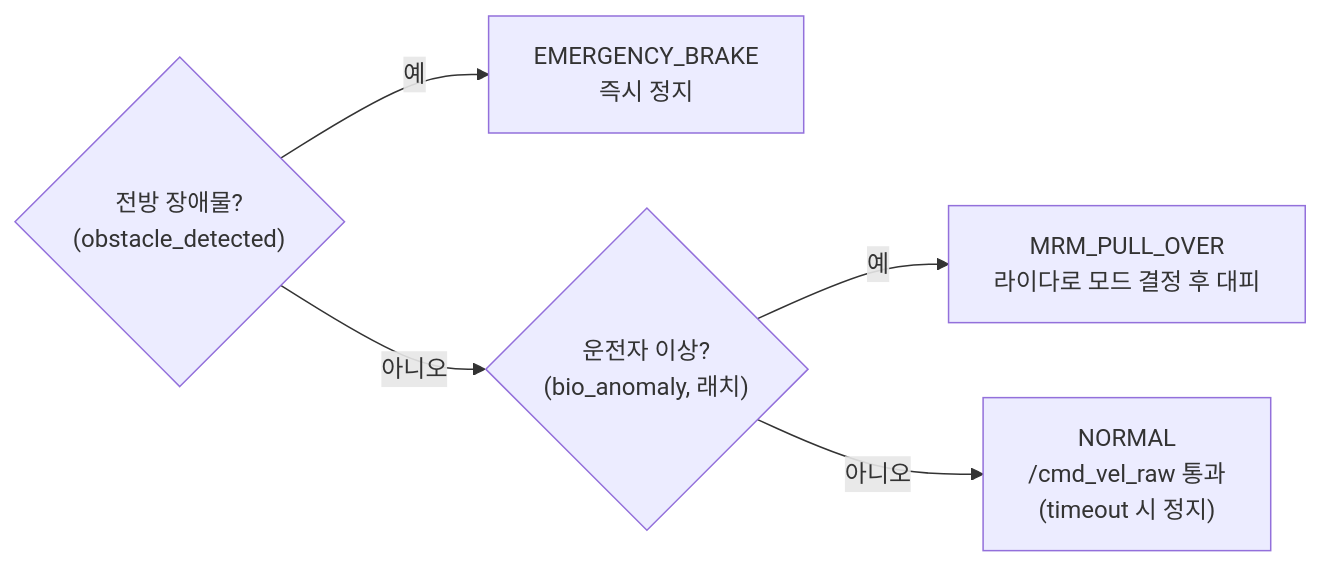
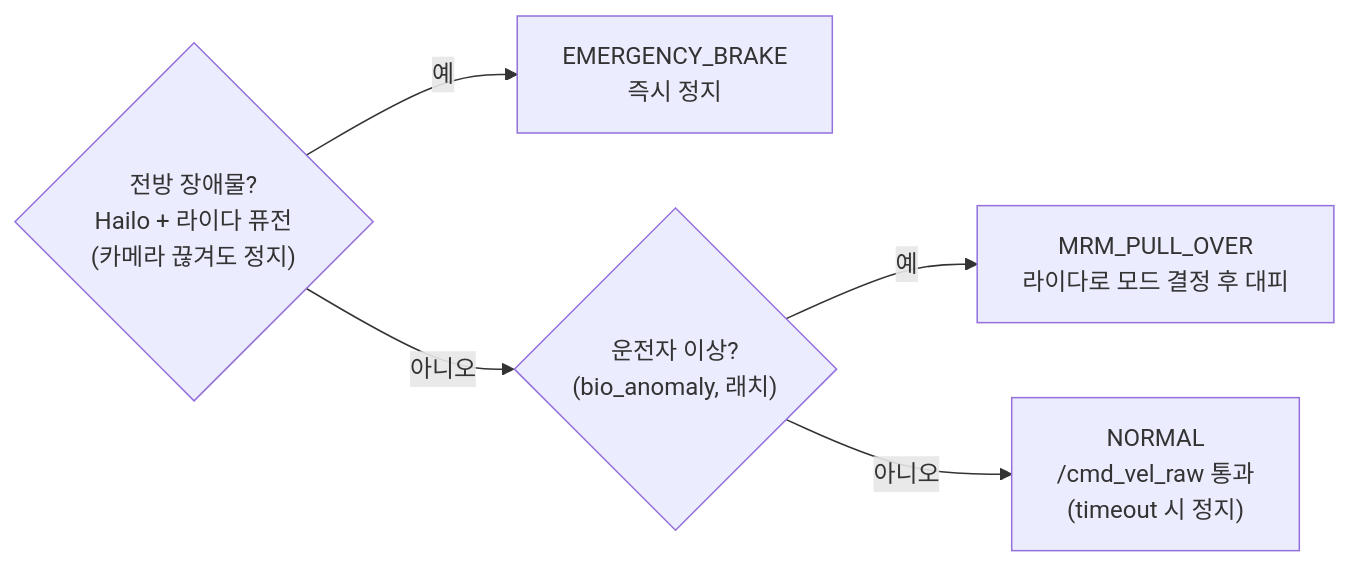
Before and after one commit to seungwp/2026_CDP: the second of 2 diagrams in README.md, drawn with Mermaid. The commit also changed 6 other files, not shown here.

First line of the commit message:
feat(control): 카메라+라이다 장애물 퓨전 + 인지 끊김 fail-safe, /scan QoS 버그 수정

````diff
--- a/README.md
+++ b/README.md
@@ -112,7 +112,7 @@
 ```mermaid
 flowchart LR
-    A{"전방 장애물?<br/>(obstacle_detected)"} -- 예 --> E["EMERGENCY_BRAKE<br/>즉시 정지"]
+    A{"전방 장애물?<br/>Hailo + 라이다 퓨전<br/>(카메라 끊겨도 정지)"} -- 예 --> E["EMERGENCY_BRAKE<br/>즉시 정지"]
     A -- 아니오 --> B{"운전자 이상?<br/>(bio_anomaly, 래치)"}
     B -- 예 --> M["MRM_PULL_OVER<br/>라이다로 모드 결정 후 대피"]
     B -- 아니오 --> N["NORMAL<br/>/cmd_vel_raw 통과<br/>(timeout 시 정지)"]
 ```
````
